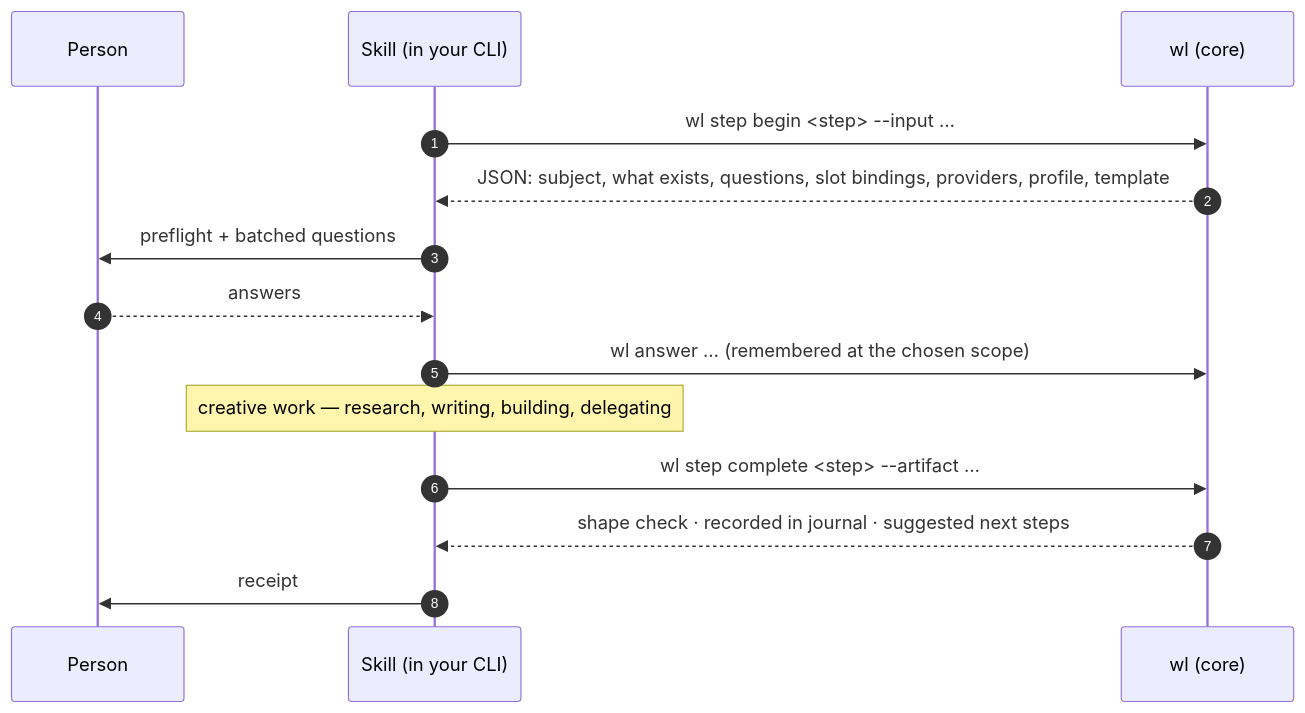
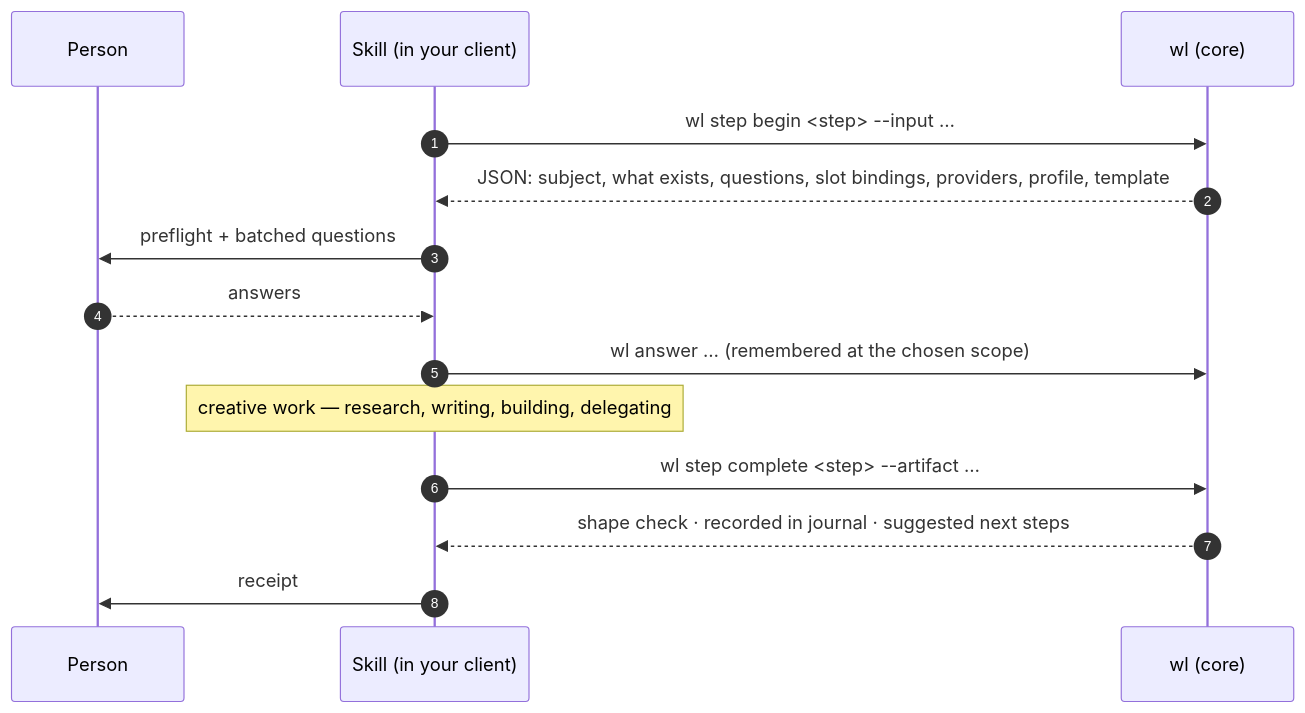
Before and after one commit to dreamingechoes/wholeloop: the third of 5 diagrams in docs/concepts.md, drawn with Mermaid. The commit also changed other lines of this file and 147 other files, not shown here.

````diff
--- a/docs/concepts.md
+++ b/docs/concepts.md
@@ -116,16 +145,16 @@
 ```mermaid
 sequenceDiagram
   autonumber
   participant U as Person
-  participant S as Skill (in your CLI)
+  participant S as Skill (in your client)
   participant C as wl (core)
   S->>C: wl step begin <step> --input …
   C-->>S: JSON: subject, what exists, questions, slot bindings, providers, profile, template
   S->>U: preflight + batched questions
   U-->>S: answers
   S->>C: wl answer … (remembered at the chosen scope)
   Note over S: creative work — research, writing, building, delegating
   S->>C: wl step complete <step> --artifact …
   C-->>S: shape check · recorded in journal · suggested next steps
   S->>U: receipt
 ```
````
